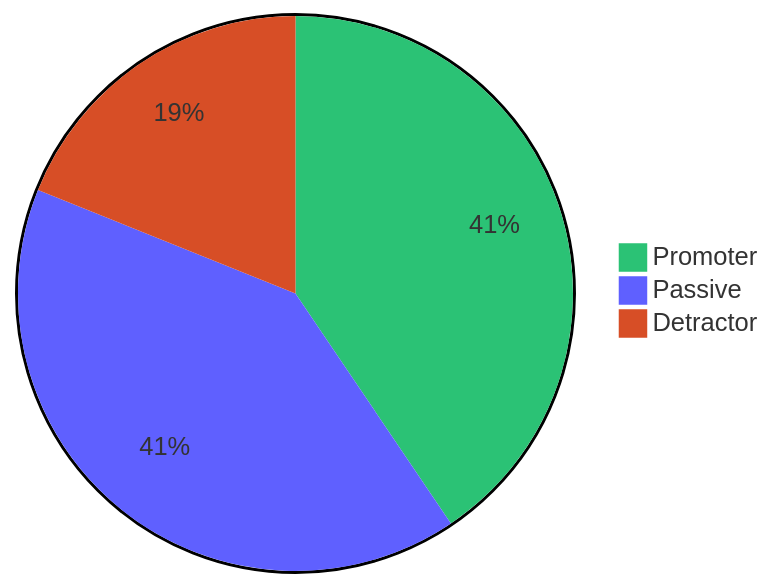
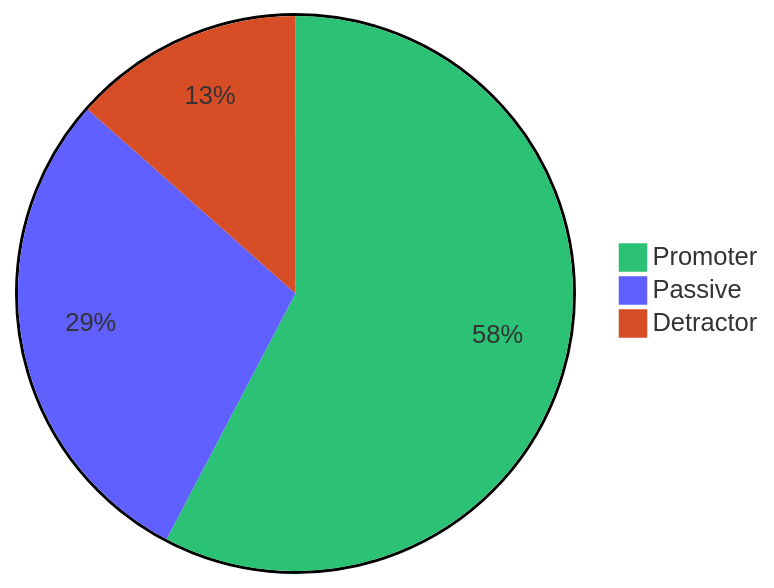
One commit to manutechwriter/npstest changed the third of 3 diagrams in docs/index.md. Above: the diagram before and after it, drawn with Mermaid. The commit also changed other lines of this file, not shown here.

````diff
--- a/docs/index.md
+++ b/docs/index.md
@@ -338,7 +338,7 @@
 ```mermaid
 %%{init: {'theme': 'base', 'themeVariables': { 'pie1': '#2bc275', 'pie2': '#5f60ff', 'pie3': '#d74e26', 'pieStrokeWidth': '0px', 'textPosition': '0.5', 'pieOpacity': '1'}}}%%
 pie 
-  "Promoter" : 15
+  "Promoter" : 30
   "Passive" : 15
   "Detractor" : 7
 ```
````
